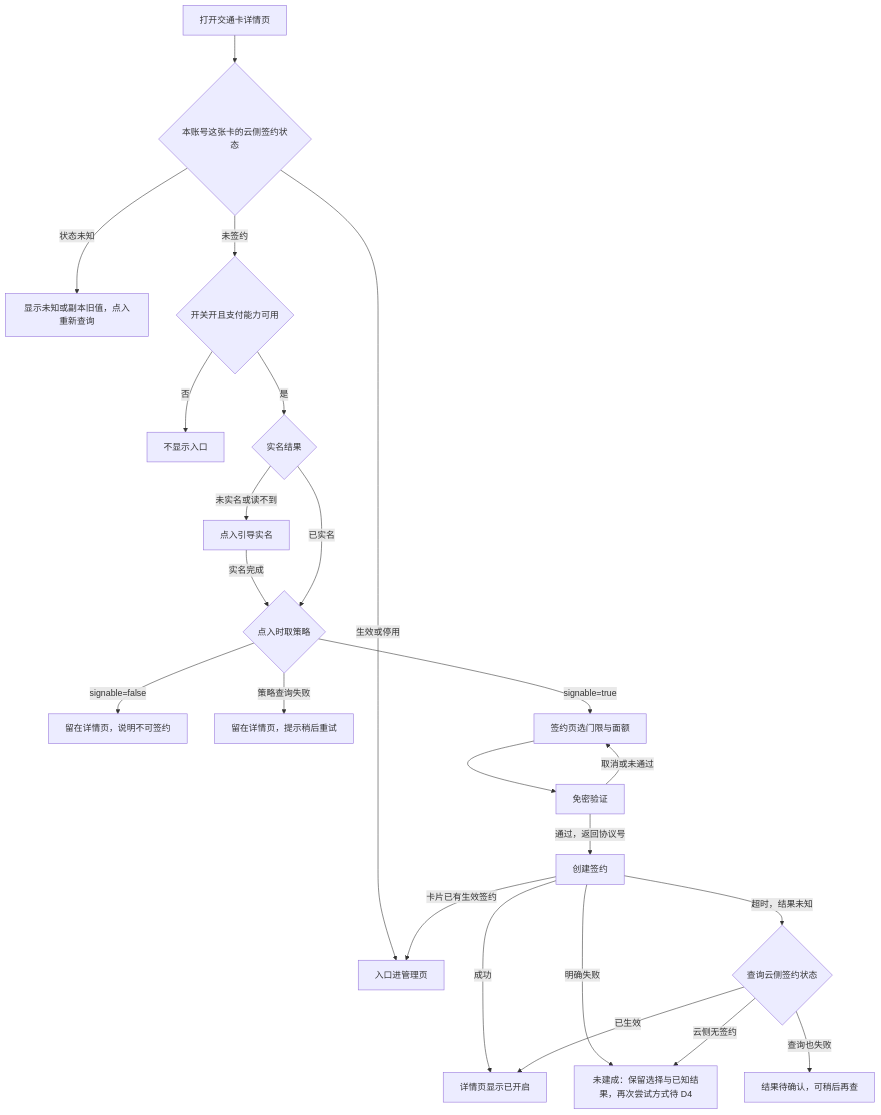
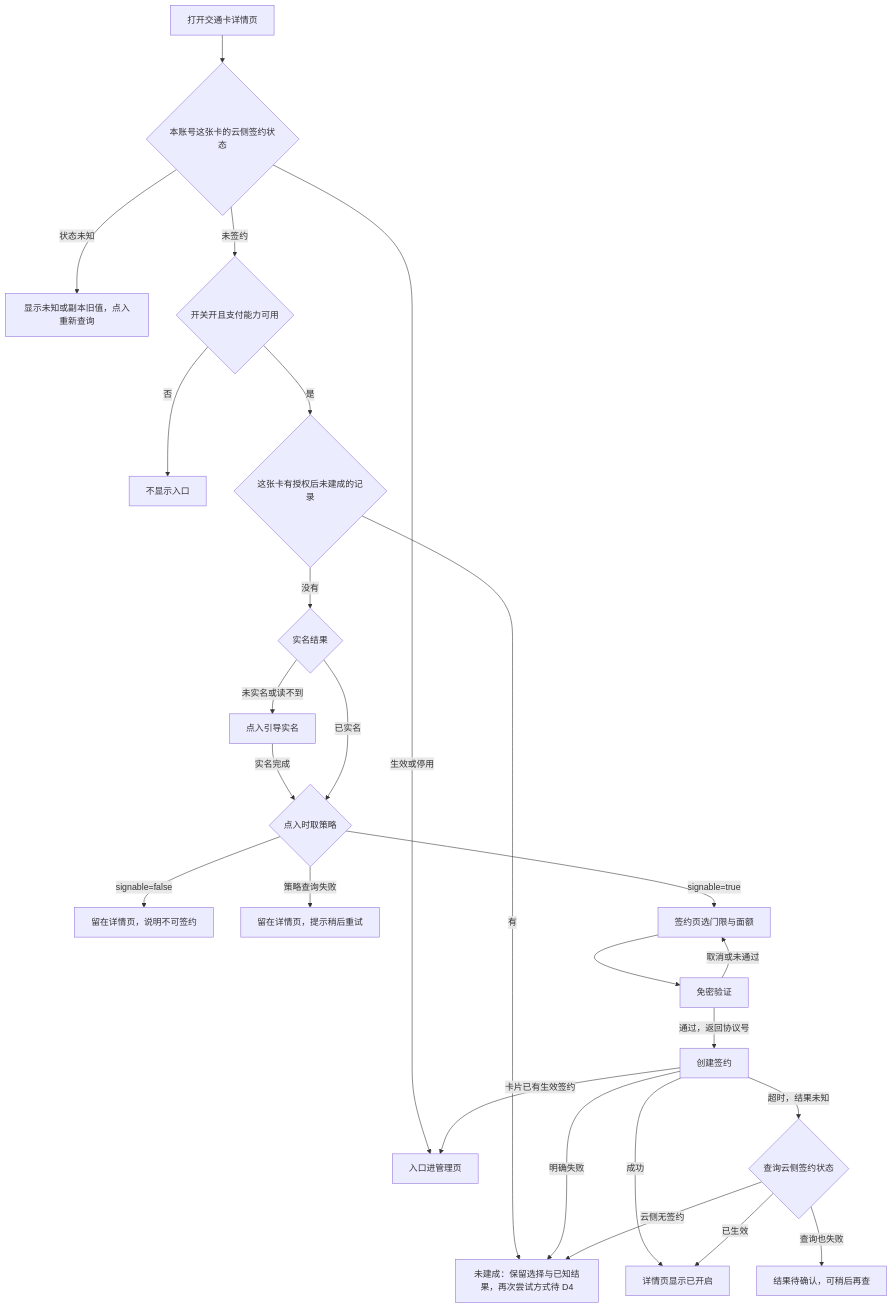
The first of 3 diagrams in doc/plan/1.9.9/金样候选/auto-topup/spec/spec.md (sqsqsq/SimulatedWalletForHmos), drawn with Mermaid before and after one commit. The commit also changed other lines of this file and 18 other files, not shown here.

````diff
--- a/doc/plan/1.9.9/金样候选/auto-topup/spec/spec.md
+++ b/doc/plan/1.9.9/金样候选/auto-topup/spec/spec.md
@@ -222,25 +222,27 @@
 ```mermaid
 flowchart TD
   A[打开交通卡详情页] --> S{本账号这张卡的云侧签约状态}
   S -->|生效或停用| MG[入口进管理页]
   S -->|状态未知| UN[显示未知或副本旧值，点入重新查询]
   S -->|未签约| G{开关开且支付能力可用}
   G -->|否| H[不显示入口]
-  G -->|是| R{实名结果}
+  G -->|是| AU{这张卡有授权后未建成的记录}
+  AU -->|有| F
+  AU -->|没有| R{实名结果}
   R -->|未实名或读不到| RN[点入引导实名]
   RN -->|实名完成| P
   R -->|已实名| P{点入时取策略}
   P -->|signable=false| NS[留在详情页，说明不可签约]
   P -->|策略查询失败| PF[留在详情页，提示稍后重试]
   P -->|signable=true| B[签约页选门限与面额]
   B --> C[免密验证]
   C -->|取消或未通过| B
   C -->|通过，返回协议号| D[创建签约]
   D -->|成功| E[详情页显示已开启]
   D -->|卡片已有生效签约| MG
   D -->|明确失败| F[未建成：保留选择与已知结果，再次尝试方式待 D4]
   D -->|超时，结果未知| Q{查询云侧签约状态}
   Q -->|已生效| E
   Q -->|云侧无签约| F
   Q -->|查询也失败| U[结果待确认，可稍后再查]
 ```
````
